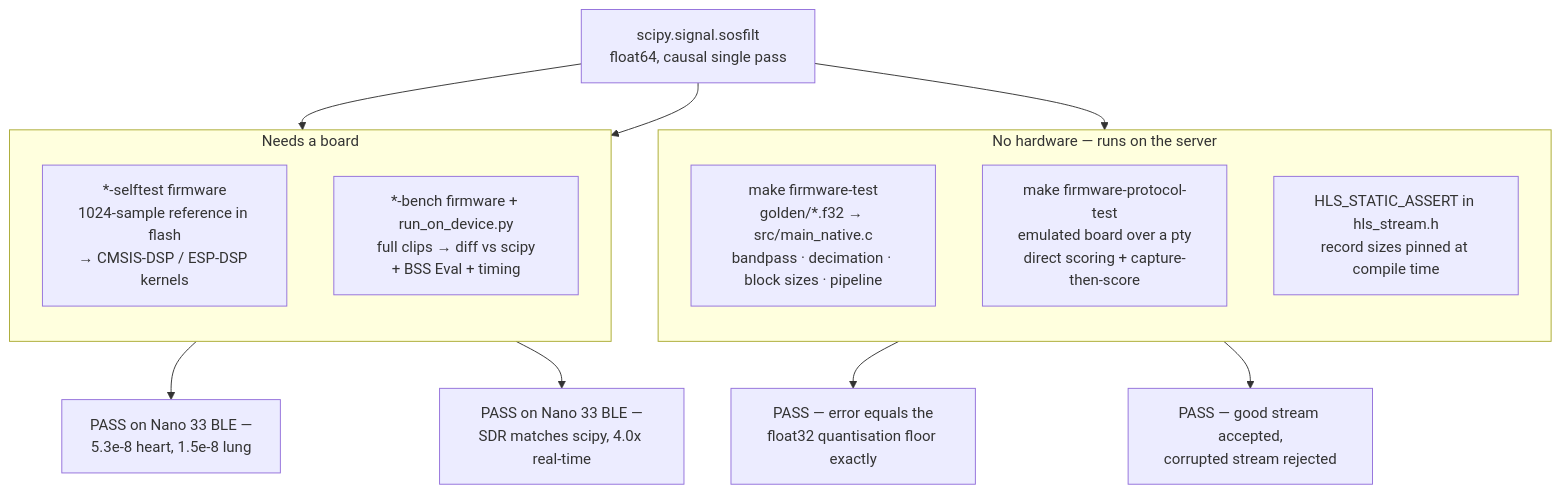
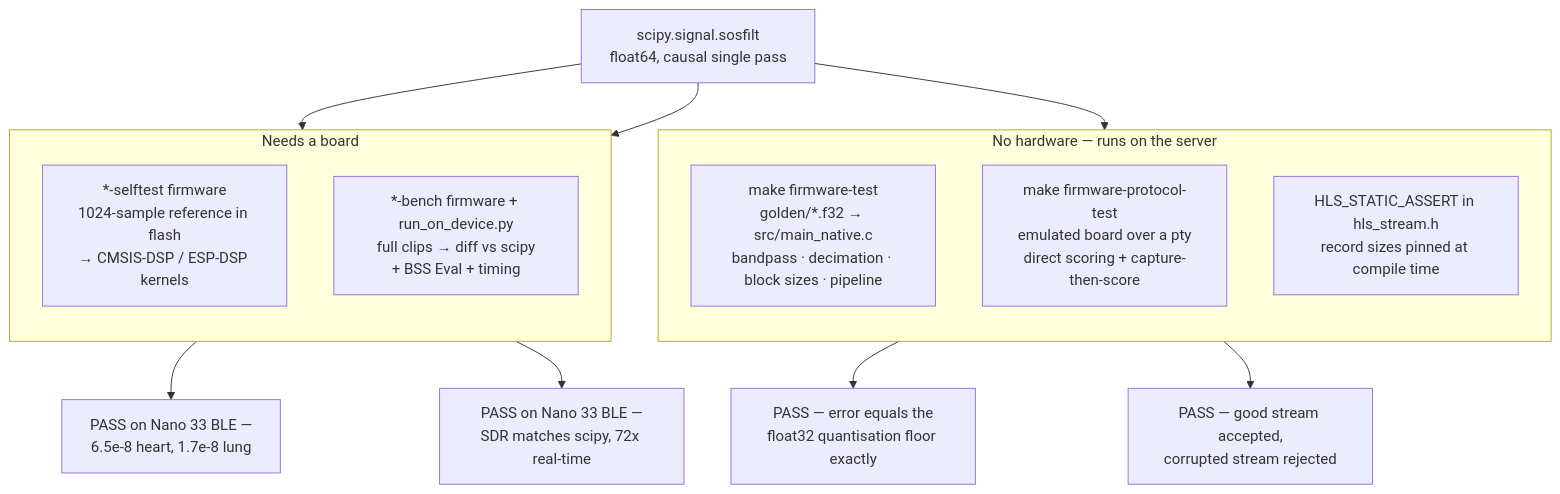
Before and after one commit to SouthsideProgramer/TEEP_Internship: the fifth of 7 diagrams in firmware/pipeline.md, drawn with Mermaid. The commit also changed 3 other files, not shown here.

````diff
--- a/firmware/pipeline.md
+++ b/firmware/pipeline.md
@@ -143,25 +143,25 @@
 ```mermaid
 flowchart TB
     scipy["scipy.signal.sosfilt<br/>float64, causal single pass"]
 
     subgraph nohw["No hardware — runs on the server"]
         direction TB
         t1["make firmware-test<br/>golden/*.f32 → src/main_native.c<br/>bandpass · decimation · block sizes · pipeline"]
         t2["make firmware-protocol-test<br/>emulated board over a pty<br/>direct scoring + capture-then-score"]
         t3["HLS_STATIC_ASSERT in hls_stream.h<br/>record sizes pinned at compile time"]
     end
 
     subgraph hw["Needs a board"]
         direction TB
         t4["*-selftest firmware<br/>1024-sample reference in flash<br/>→ CMSIS-DSP / ESP-DSP kernels"]
         t5["*-bench firmware + run_on_device.py<br/>full clips → diff vs scipy<br/>+ BSS Eval + timing"]
     end
 
     scipy --> t1
     scipy --> t4
     scipy --> t5
     t1 --> v1["PASS — error equals the<br/>float32 quantisation floor exactly"]
     t2 --> v2["PASS — good stream accepted,<br/>corrupted stream rejected"]
-    t4 --> v4["PASS on Nano 33 BLE —<br/>5.3e-8 heart, 1.5e-8 lung"]
-    t5 --> v5["PASS on Nano 33 BLE —<br/>SDR matches scipy, 4.0x real-time"]
+    t4 --> v4["PASS on Nano 33 BLE —<br/>6.5e-8 heart, 1.7e-8 lung"]
+    t5 --> v5["PASS on Nano 33 BLE —<br/>SDR matches scipy, 72x real-time"]
 ```
````
